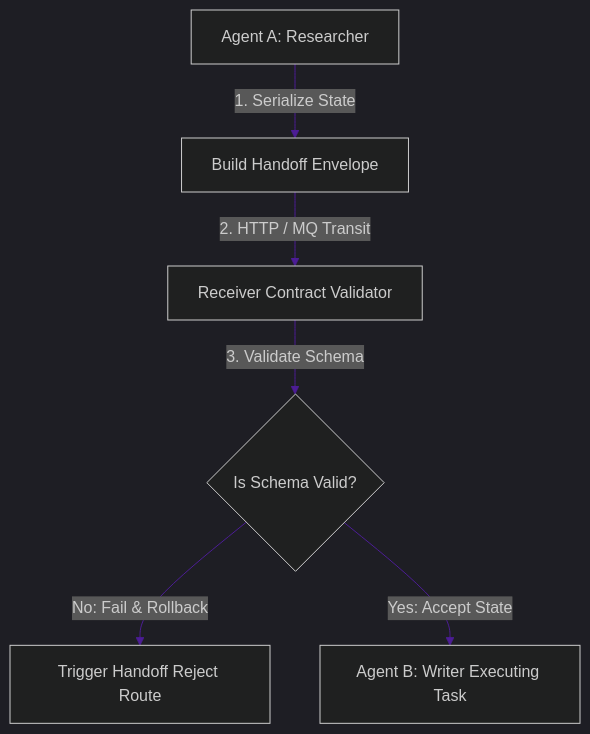
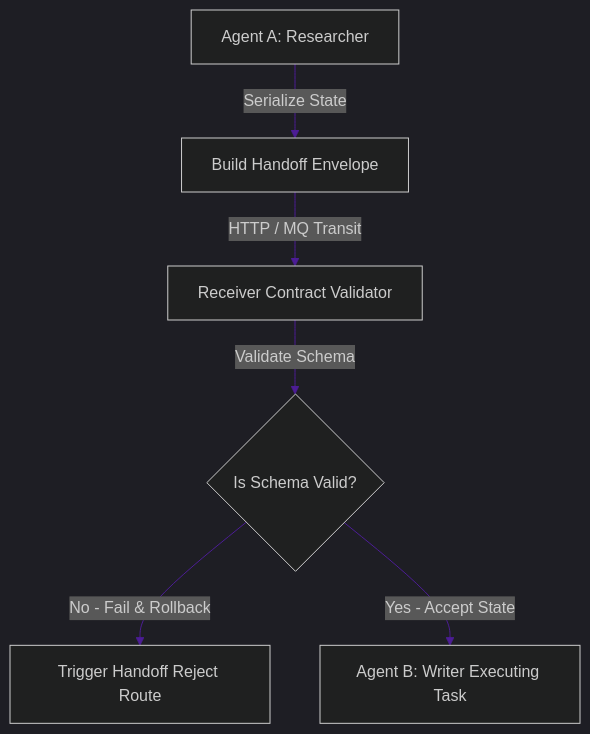
One commit to akmalkhaniub/akmalkhaniub.github.io changed the diagram in blog/posts/system-design-agent-communication-protocol-schemas.md. Above: the diagram before and after it, drawn with Mermaid. The commit also changed 411 other files, not shown here.

````diff
--- a/blog/posts/system-design-agent-communication-protocol-schemas.md
+++ b/blog/posts/system-design-agent-communication-protocol-schemas.md
@@ -19,9 +19,9 @@
 ```mermaid
 %%{init: {'theme': 'dark', 'themeVariables': { 'primaryColor': '#4c1d95', 'primaryTextColor': '#f3f4f6', 'primaryBorderColor': '#8b5cf6', 'lineColor': '#4c1d95', 'secondaryColor': '#111827', 'tertiaryColor': '#0b0f19'}}}%%
 flowchart TD
-    Sender[Agent A: Researcher] -->|1. Serialize State| Package[Build Handoff Envelope]
-    Package -->|2. HTTP / MQ Transit| ReceiverGate[Receiver Contract Validator]
-    ReceiverGate -->|3. Validate Schema| Check{Is Schema Valid?}
-    Check -->|No: Fail & Rollback| Alert[Trigger Handoff Reject Route]
-    Check -->|Yes: Accept State| Worker[Agent B: Writer Executing Task]
+    Sender[Agent A: Researcher] -->|Serialize State| Package[Build Handoff Envelope]
+    Package -->|HTTP / MQ Transit| ReceiverGate[Receiver Contract Validator]
+    ReceiverGate -->|Validate Schema| Check{Is Schema Valid?}
+    Check -->|No - Fail & Rollback| Alert[Trigger Handoff Reject Route]
+    Check -->|Yes - Accept State| Worker[Agent B: Writer Executing Task]
 ```
````
